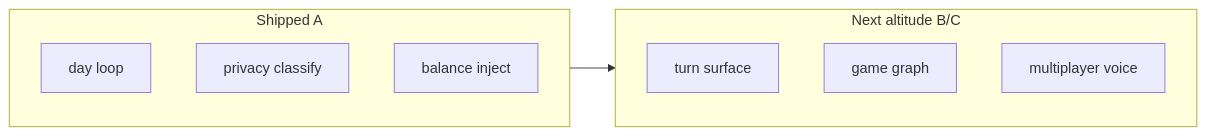
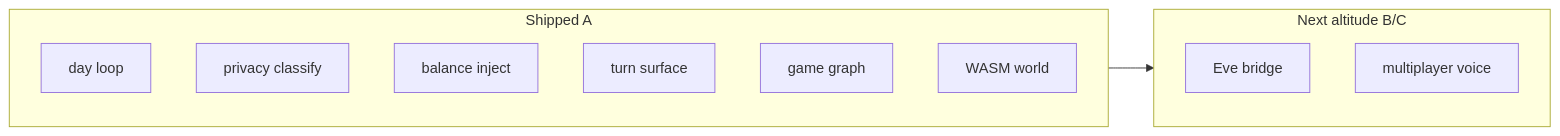
Before and after one commit to thecuriousts/ensembly: the second of 13 diagrams in docs/arch-design/coming-next.md, drawn with Mermaid. The commit also changed other lines of this file and 7 other files, not shown here.

First line of the commit message:
Document Eve bridge fit and refresh Game of Peram docs.

````diff
--- a/docs/arch-design/coming-next.md
+++ b/docs/arch-design/coming-next.md
@@ -55,14 +55,16 @@
 ```mermaid
 flowchart LR
   subgraph shipped["Shipped A"]
     D[day loop]
     P[privacy classify]
     B[balance inject]
+    T[turn surface]
+    G[game graph]
+    W[WASM world]
   end
   subgraph open["Next altitude B/C"]
-    T[turn surface]
-    G[game graph]
+    E[Eve bridge]
     M[multiplayer voice]
   end
   shipped --> open
 ```
````
